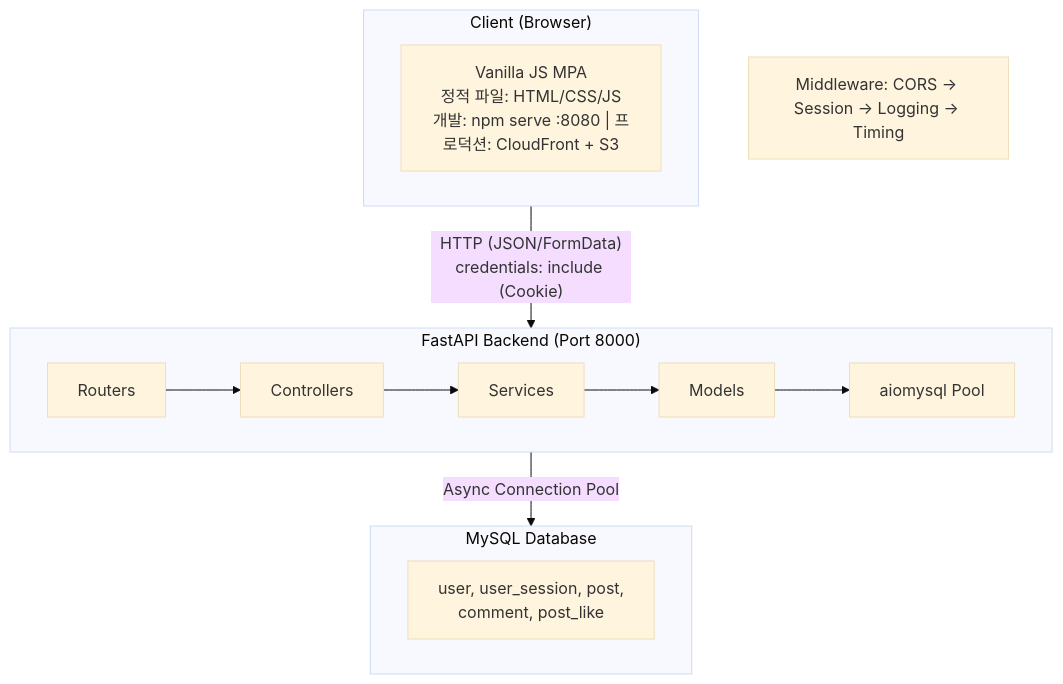
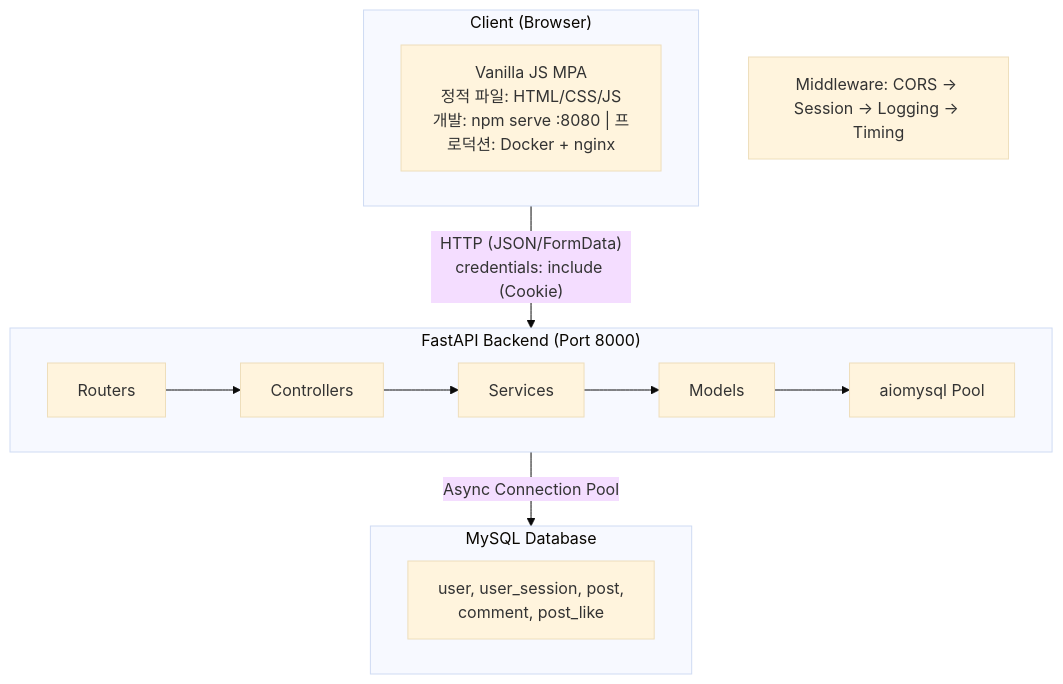
The first of 4 diagrams in README.md (80-hours-a-week/2-cho-community-fe), drawn with Mermaid (base theme) before and after one commit. The commit also changed other lines of this file, not shown here.

````diff
--- a/README.md
+++ b/README.md
@@ -62,21 +62,21 @@
 ```mermaid
 flowchart TD
     subgraph Client["Client (Browser)"]
-        FE["Vanilla JS MPA<br/>정적 파일: HTML/CSS/JS<br/>개발: npm serve :8080 | 프로덕션: CloudFront + S3"]
+        FE["Vanilla JS MPA<br/>정적 파일: HTML/CSS/JS<br/>개발: npm serve :8080 | 프로덕션: Docker + nginx"]
     end
 
     Client -->|"HTTP (JSON/FormData)<br/>credentials: include (Cookie)"| Backend
 
     subgraph Backend["FastAPI Backend (Port 8000)"]
         direction LR
         Routers --> Controllers --> Services --> Models --> Pool["aiomysql Pool"]
     end
 
     note["Middleware: CORS → Session → Logging → Timing"]
 
     Backend -->|"Async Connection Pool"| DB
 
     subgraph DB["MySQL Database"]
         Tables["user, user_session, post,<br/>comment, post_like"]
     end
 ```
````
